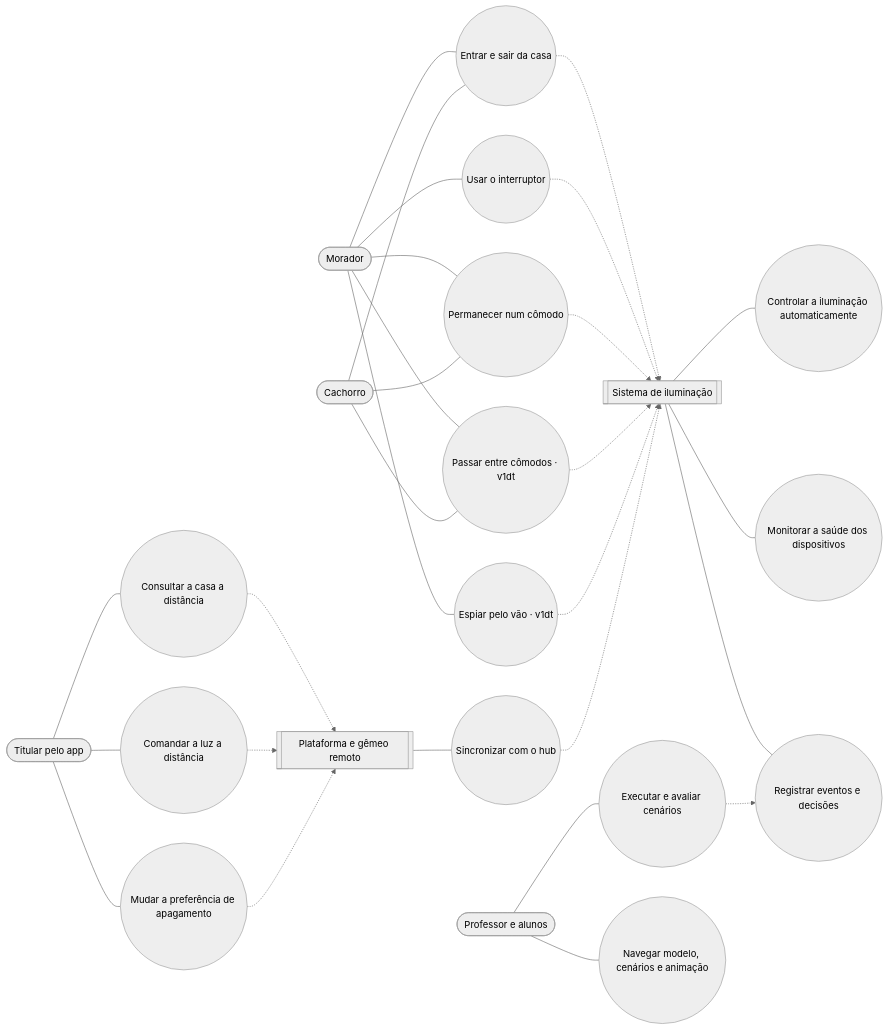
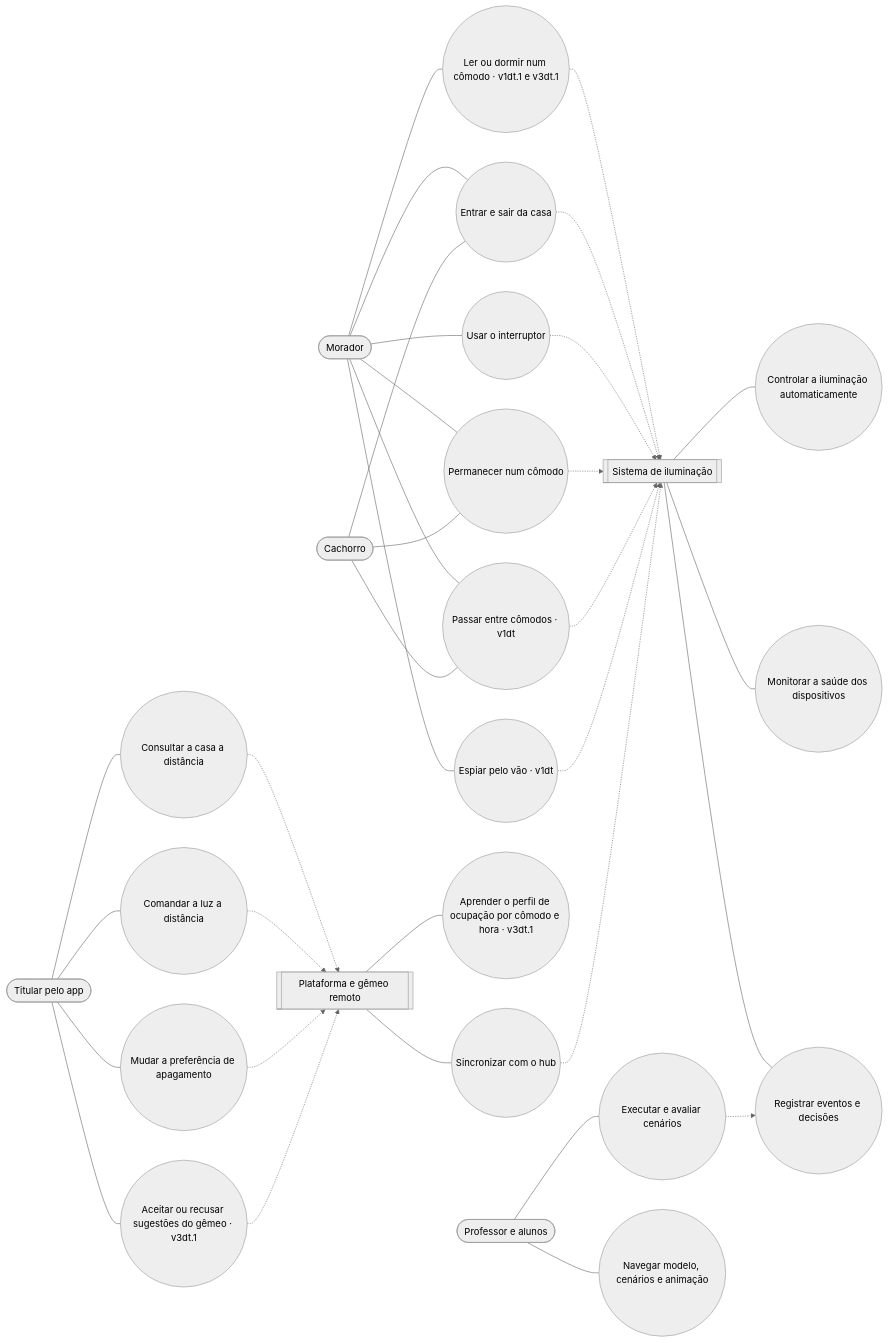
Before and after one commit to ReginaldoArakaki/PCS5039_ambiente_reg10k_vCl0: the diagram in docs/uml/casos-de-uso.mmd, drawn with Mermaid (neutral theme). The commit also changed 29 other files, not shown here.

```diff
--- a/docs/uml/casos-de-uso.mmd
+++ b/docs/uml/casos-de-uso.mmd
@@ -1,28 +1,33 @@
 flowchart LR
     MOR([Morador]) --- UC1((Entrar e sair da casa))
     CAO([Cachorro]) --- UC1
     MOR --- UC2((Usar o interruptor))
     MOR --- UC3((Permanecer num cômodo))
     CAO --- UC3
     MOR --- UC13((Passar entre cômodos · v1dt))
     CAO --- UC13
     MOR --- UC14((Espiar pelo vão · v1dt))
+    MOR --- UC17((Ler ou dormir num cômodo · v1dt.1 e v3dt.1))
+    UC17 -.-> SIS
     UC1 -.-> SIS[[Sistema de iluminação]]
     UC2 -.-> SIS
     UC3 -.-> SIS
     UC13 -.-> SIS
     UC14 -.-> SIS
     SIS --- UC4((Controlar a iluminação automaticamente))
     SIS --- UC5((Monitorar a saúde dos dispositivos))
     SIS --- UC6((Registrar eventos e decisões))
     TIT([Titular pelo app]) --- UC9((Consultar a casa a distância))
     TIT --- UC10((Comandar a luz a distância))
     TIT --- UC11((Mudar a preferência de apagamento))
+    TIT --- UC15((Aceitar ou recusar sugestões do gêmeo · v3dt.1))
     UC9 -.-> PLT[[Plataforma e gêmeo remoto]]
     UC10 -.-> PLT
     UC11 -.-> PLT
+    UC15 -.-> PLT
+    PLT --- UC16((Aprender o perfil de ocupação por cômodo e hora · v3dt.1))
     PLT --- UC12((Sincronizar com o hub))
     UC12 -.-> SIS
     PROF([Professor e alunos]) --- UC7((Executar e avaliar cenários))
     PROF --- UC8((Navegar modelo, cenários e animação))
     UC7 -.-> UC6
```
